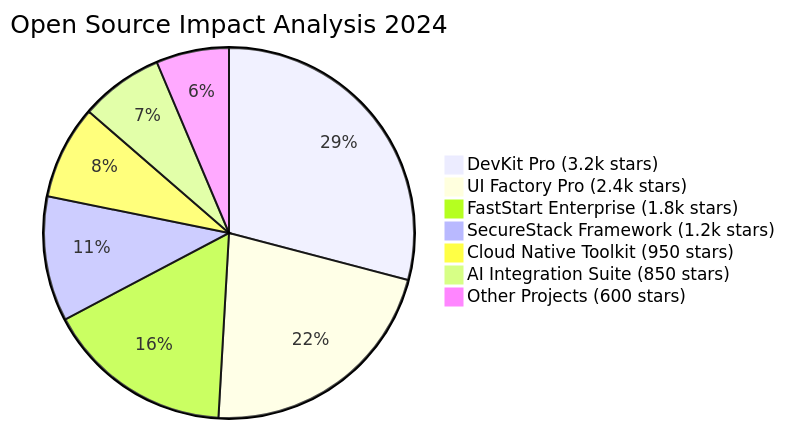
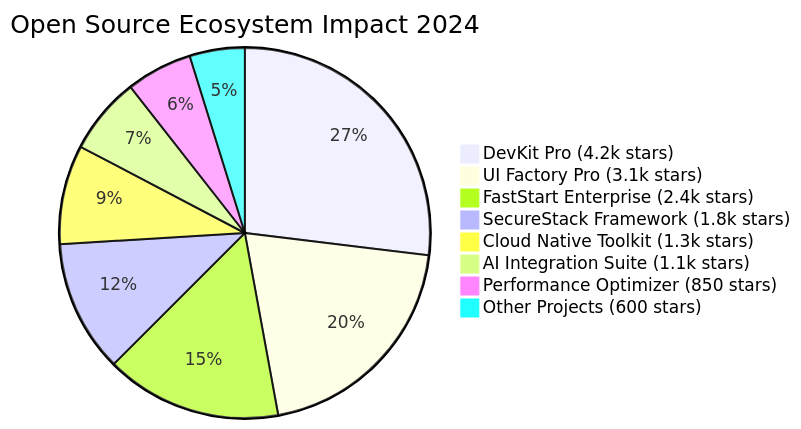
The tenth of 17 diagrams in README.md (mentech93/mentech93), drawn with Mermaid before and after one commit. The commit also changed other lines of this file, not shown here.

````diff
--- a/README.md
+++ b/README.md
@@ -695,10 +803,11 @@
 ```mermaid
-pie title Open Source Impact Analysis 2024
-    "DevKit Pro (3.2k stars)" : 32
-    "UI Factory Pro (2.4k stars)" : 24
-    "FastStart Enterprise (1.8k stars)" : 18
-    "SecureStack Framework (1.2k stars)" : 12
-    "Cloud Native Toolkit (950 stars)" : 9
-    "AI Integration Suite (850 stars)" : 8
-    "Other Projects (600 stars)" : 7
+pie title Open Source Ecosystem Impact 2024
+    "DevKit Pro (4.2k stars)" : 28
+    "UI Factory Pro (3.1k stars)" : 21
+    "FastStart Enterprise (2.4k stars)" : 16
+    "SecureStack Framework (1.8k stars)" : 12
+    "Cloud Native Toolkit (1.3k stars)" : 9
+    "AI Integration Suite (1.1k stars)" : 7
+    "Performance Optimizer (850 stars)" : 6
+    "Other Projects (600 stars)" : 5
 ```
````
